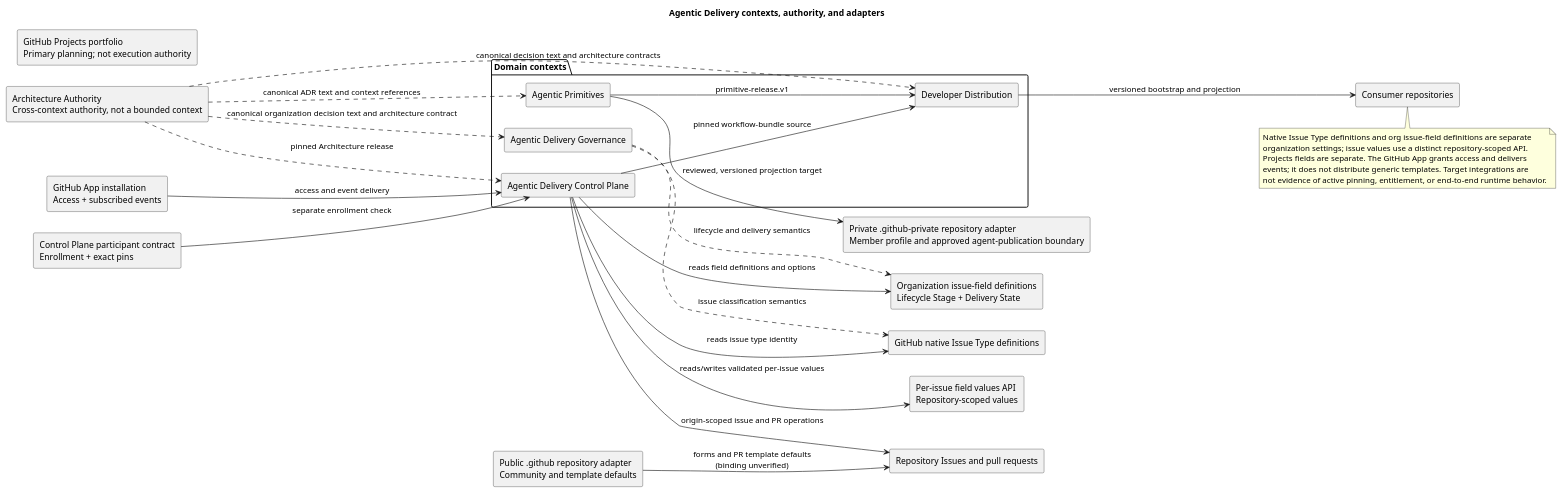
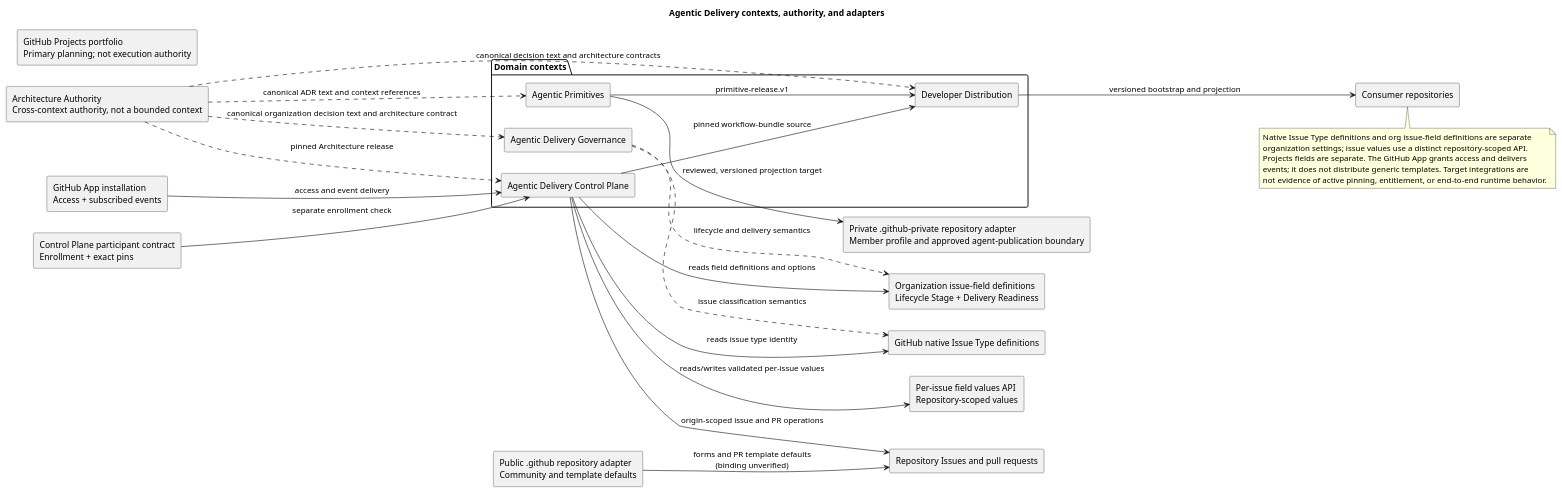
Before and after one commit to agentic-delivery-lab/agentic-delivery-architecture: the diagram in architecture/diagrams/plantuml/bounded-contexts.puml, drawn with PlantUML. The commit also changed 19 other files, not shown here.

Commit message:
docs(architecture): refresh portfolio audit evidence

```diff
--- a/architecture/diagrams/plantuml/bounded-contexts.puml
+++ b/architecture/diagrams/plantuml/bounded-contexts.puml
@@ -1,48 +1,48 @@
 @startuml
 title Agentic Delivery contexts, authority, and adapters
 left to right direction
 package "Domain contexts" {
   rectangle "Agentic Delivery Governance" as governance
   rectangle "Agentic Delivery Control Plane" as control
   rectangle "Agentic Primitives" as primitives
   rectangle "Developer Distribution" as distribution
 }
 rectangle "Architecture Authority\nCross-context authority, not a bounded context" as architecture
 rectangle "Public .github repository adapter\nCommunity and template defaults" as public
 rectangle "Private .github-private repository adapter\nMember profile and approved agent-publication boundary" as private
 rectangle "GitHub native Issue Type definitions" as nativeTypes
-rectangle "Organization issue-field definitions\nLifecycle Stage + Delivery State" as fieldDefinitions
+rectangle "Organization issue-field definitions\nLifecycle Stage + Delivery Readiness" as fieldDefinitions
 rectangle "GitHub Projects portfolio\nPrimary planning; not execution authority" as projects
 rectangle "GitHub App installation\nAccess + subscribed events" as app
 rectangle "Repository Issues and pull requests" as work
 rectangle "Per-issue field values API\nRepository-scoped values" as fieldValues
 rectangle "Control Plane participant contract\nEnrollment + exact pins" as participants
 rectangle "Consumer repositories" as consumers
 
 architecture ..> governance : canonical organization decision text and architecture contract
 architecture ..> control : pinned Architecture release
 architecture ..> primitives : canonical ADR text and context references
 architecture ..> distribution : canonical decision text and architecture contracts
 app --> control : access and event delivery
 participants --> control : separate enrollment check
 control --> nativeTypes : reads issue type identity
 control --> fieldDefinitions : reads field definitions and options
 control --> fieldValues : reads/writes validated per-issue values
 control --> work : origin-scoped issue and PR operations
 governance ..> nativeTypes : issue classification semantics
 governance ..> fieldDefinitions : lifecycle and delivery semantics
 public --> work : forms and PR template defaults\n(binding unverified)
 primitives --> private : reviewed, versioned projection target
 primitives --> distribution : primitive-release.v1
 control --> distribution : pinned workflow-bundle source
 distribution --> consumers : versioned bootstrap and projection
 
 note bottom
   Native Issue Type definitions and org issue-field definitions are separate
   organization settings; issue values use a distinct repository-scoped API.
   Projects fields are separate. The GitHub App grants access and delivers
   events; it does not distribute generic templates. Target integrations are
   not evidence of active pinning, entitlement, or end-to-end runtime behavior.
 end note
 
 @enduml
```
